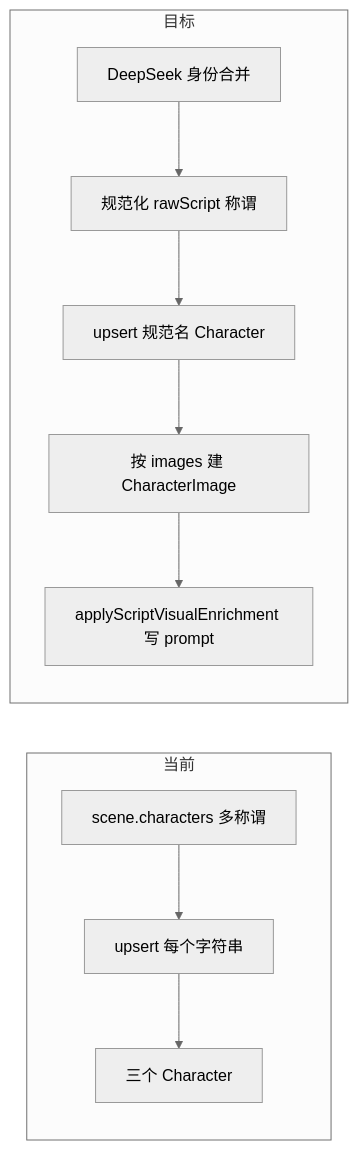
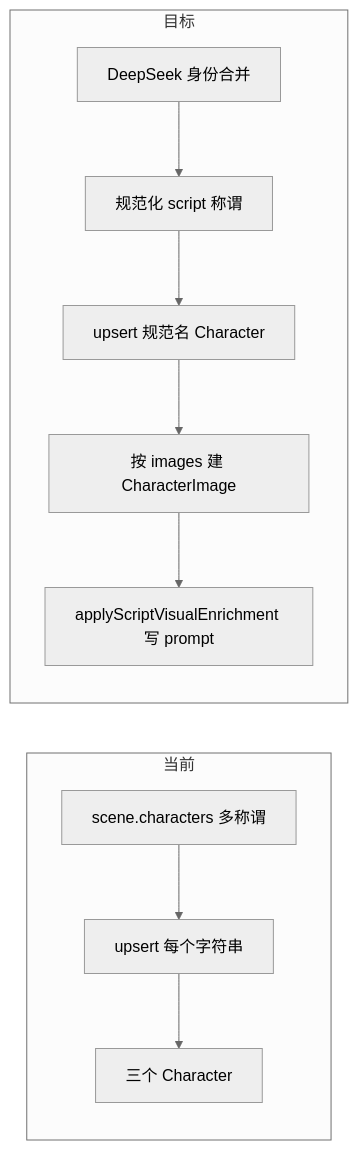
Before and after one commit to Ruandou/dreamer: the diagram in docs/plans/角色身份合并_20260414.md, drawn with Mermaid (neutral theme). The commit also changed other lines of this file and 31 other files, not shown here.

````diff
--- a/docs/plans/角色身份合并_20260414.md
+++ b/docs/plans/角色身份合并_20260414.md
@@ -63,13 +63,13 @@
 ```mermaid
 flowchart LR
   subgraph before [当前]
     S1[scene.characters 多称谓] --> U[upsert 每个字符串]
     U --> C3[三个 Character]
   end
   subgraph after [目标]
-    M[DeepSeek 身份合并] --> N[规范化 rawScript 称谓]
+    M[DeepSeek 身份合并] --> N[规范化 script 称谓]
     N --> U2[upsert 规范名 Character]
     U2 --> I[按 images 建 CharacterImage]
     I --> V[applyScriptVisualEnrichment 写 prompt]
   end
 ```
````
